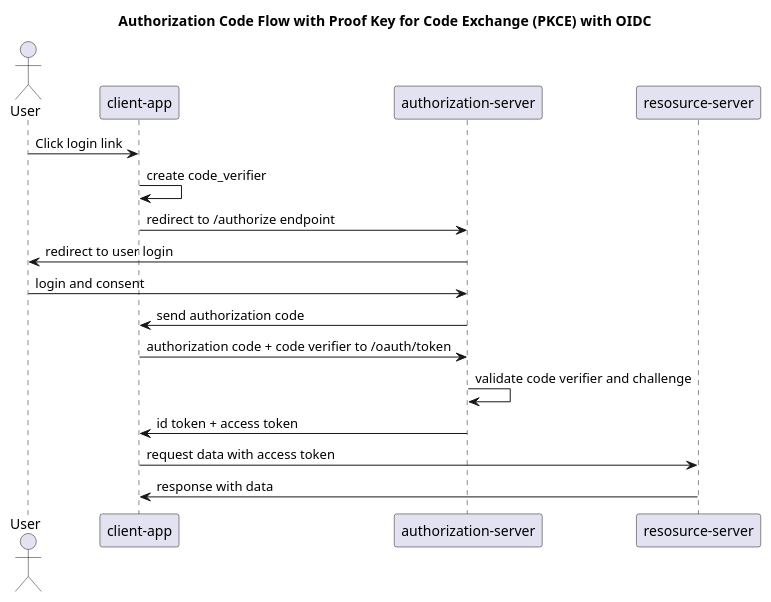
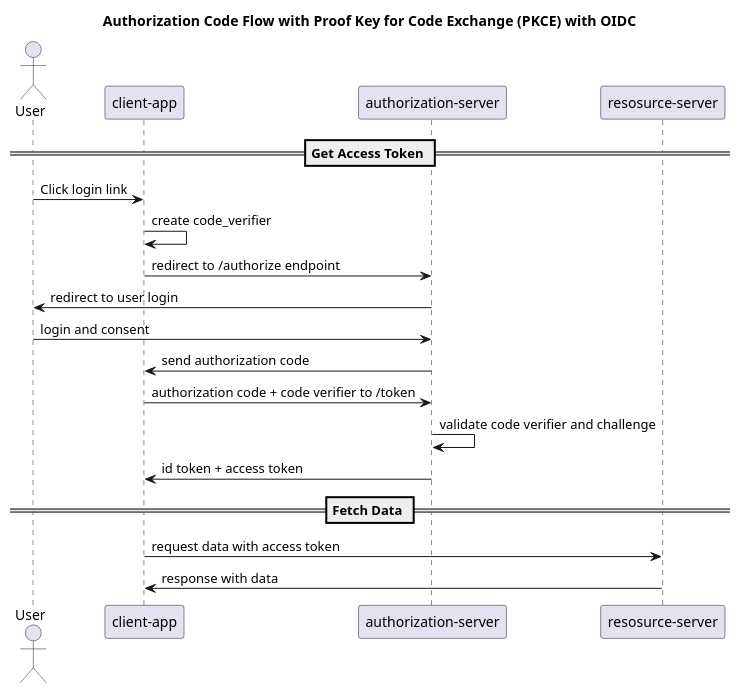
Before and after one commit to maddingo/oauth2-playground: the diagram in doc/pkce.puml, drawn with PlantUML. The commit also changed 2 other files, not shown here.

Commit message:
client credentials flow

```diff
--- a/doc/pkce.puml
+++ b/doc/pkce.puml
@@ -1,25 +1,27 @@
 @startuml
-'https://plantuml.com/sequence-
+'https://plantuml.com/sequence-diagram
 'https://auth0.com/docs/get-started/authentication-and-authorization-flow/authorization-code-flow-with-proof-key-for-code-exchange-pkce
 
 title Authorization Code Flow with Proof Key for Code Exchange (PKCE) with OIDC
 
 actor "User" as user
 participant "client-app" as client
 participant "authorization-server" as idp
 participant "resosurce-server" as res_srv
 
+== Get Access Token ==
 user -> client: Click login link
-
 client -> client: create code_verifier
 client -> idp: redirect to /authorize endpoint
 idp -> user: redirect to user login
 user -> idp: login and consent
 idp -> client: send authorization code
-client -> idp: authorization code + code verifier to /oauth/token
+client -> idp: authorization code + code verifier to /token
 idp -> idp: validate code verifier and challenge
 idp -> client: id token + access token
+
+== Fetch Data ==
 client -> res_srv: request data with access token
 res_srv -> client: response with data
 
 @enduml
```
